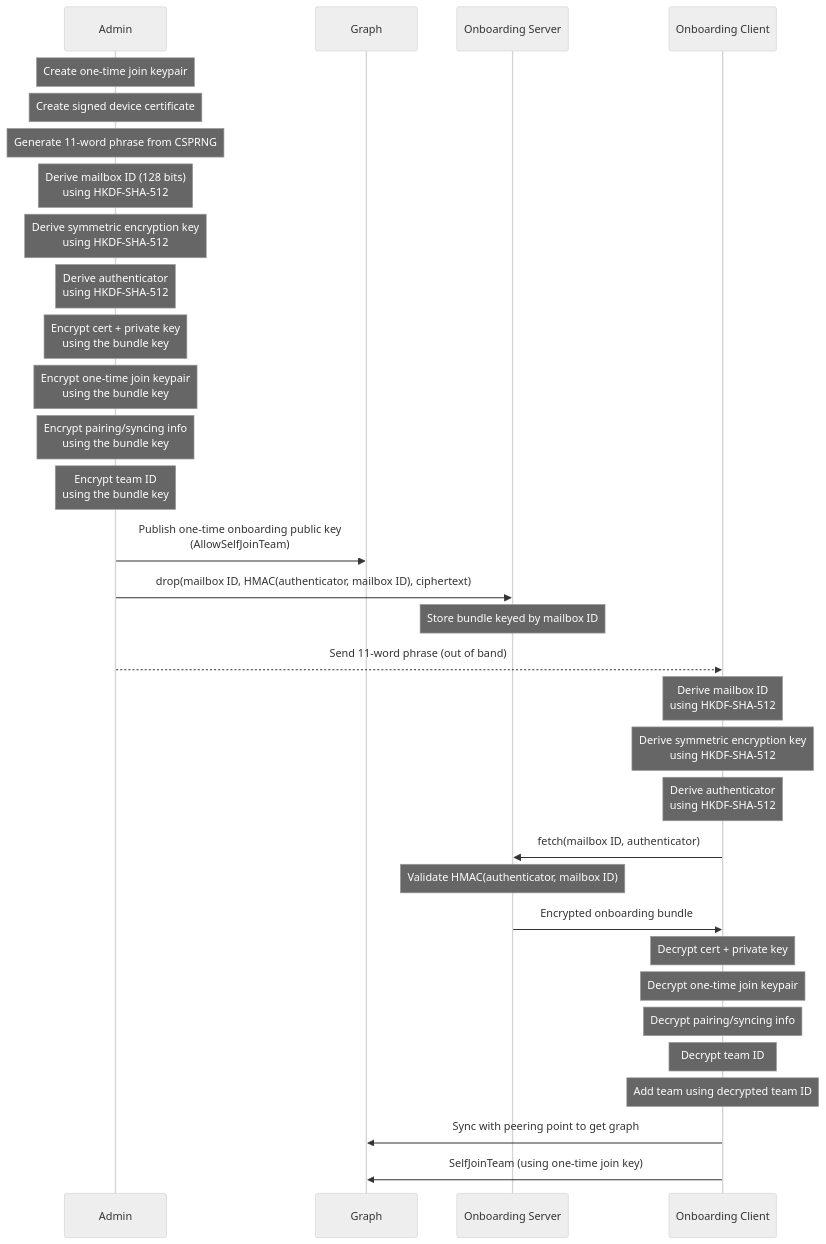
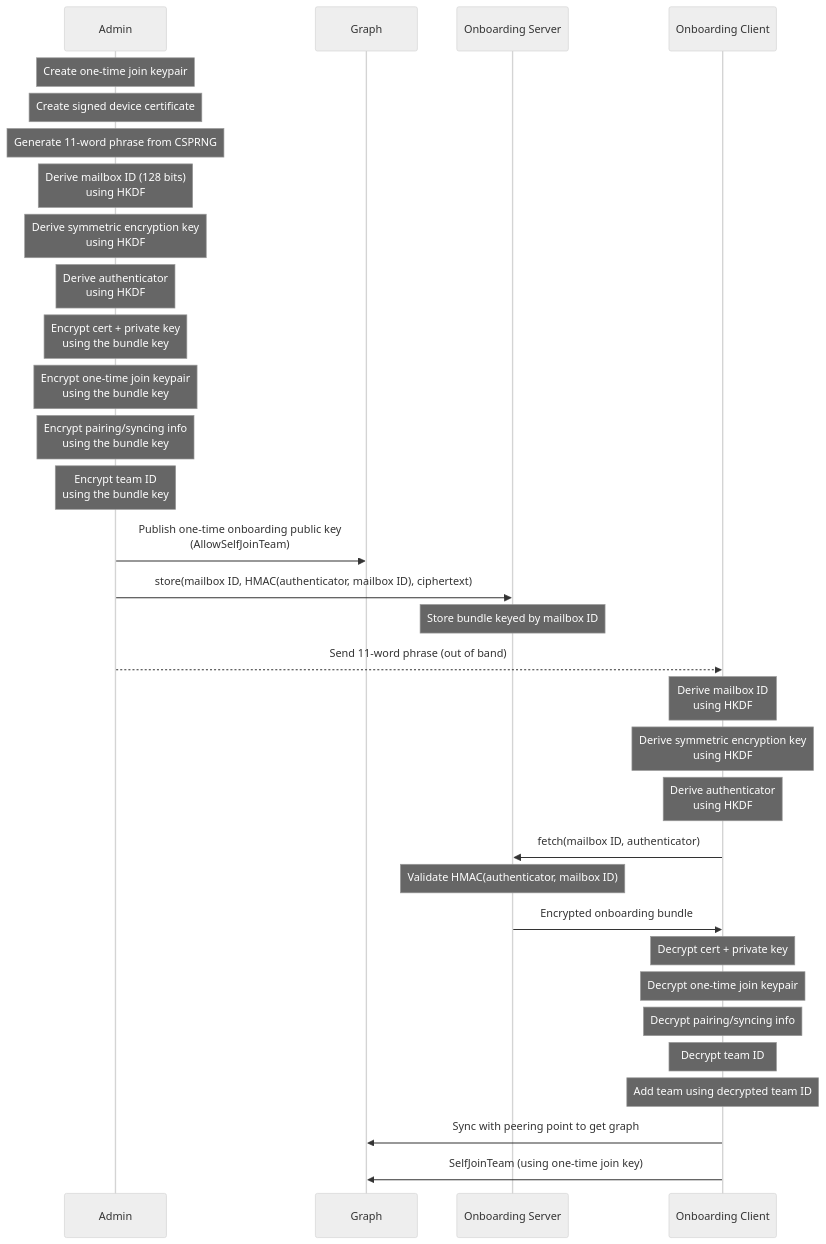
The diagram in docs/async-onboarding.md (aranya-project/aranya-docs), drawn with Mermaid (neutral theme) before and after one commit. The commit also changed other lines of this file, not shown here.

````diff
--- a/docs/async-onboarding.md
+++ b/docs/async-onboarding.md
@@ -41,41 +46,41 @@
 ```mermaid
 sequenceDiagram
     participant Admin
     participant Graph
     participant Server as Onboarding Server
     participant Client as Onboarding Client
 
     Note over Admin: Create one-time join keypair
     Note over Admin: Create signed device certificate
     Note over Admin: Generate 11-word phrase from CSPRNG
-    Note over Admin: Derive mailbox ID (128 bits)<br/>using HKDF-SHA-512
-    Note over Admin: Derive symmetric encryption key<br/>using HKDF-SHA-512
-    Note over Admin: Derive authenticator<br/>using HKDF-SHA-512
+    Note over Admin: Derive mailbox ID (128 bits)<br/>using HKDF
+    Note over Admin: Derive symmetric encryption key<br/>using HKDF
+    Note over Admin: Derive authenticator<br/>using HKDF
     Note over Admin: Encrypt cert + private key<br/>using the bundle key
     Note over Admin: Encrypt one-time join keypair<br/>using the bundle key
     Note over Admin: Encrypt pairing/syncing info<br/>using the bundle key
     Note over Admin: Encrypt team ID<br/>using the bundle key
 
     Admin->>Graph: Publish one-time onboarding public key<br/>(AllowSelfJoinTeam)
-    Admin->>Server: drop(mailbox ID, HMAC(authenticator, mailbox ID), ciphertext)
+    Admin->>Server: store(mailbox ID, HMAC(authenticator, mailbox ID), ciphertext)
     Note over Server: Store bundle keyed by mailbox ID
 
     Admin-->>Client: Send 11-word phrase (out of band)
 
-    Note over Client: Derive mailbox ID<br/>using HKDF-SHA-512
-    Note over Client: Derive symmetric encryption key<br/>using HKDF-SHA-512
-    Note over Client: Derive authenticator<br/>using HKDF-SHA-512
+    Note over Client: Derive mailbox ID<br/>using HKDF
+    Note over Client: Derive symmetric encryption key<br/>using HKDF
+    Note over Client: Derive authenticator<br/>using HKDF
 
     Client->>Server: fetch(mailbox ID, authenticator)
     Note over Server: Validate HMAC(authenticator, mailbox ID)
     Server->>Client: Encrypted onboarding bundle
 
     Note over Client: Decrypt cert + private key
     Note over Client: Decrypt one-time join keypair
     Note over Client: Decrypt pairing/syncing info
     Note over Client: Decrypt team ID
 
     Note over Client: Add team using decrypted team ID
     Client->>Graph: Sync with peering point to get graph
     Client->>Graph: SelfJoinTeam (using one-time join key)
 ```
````
